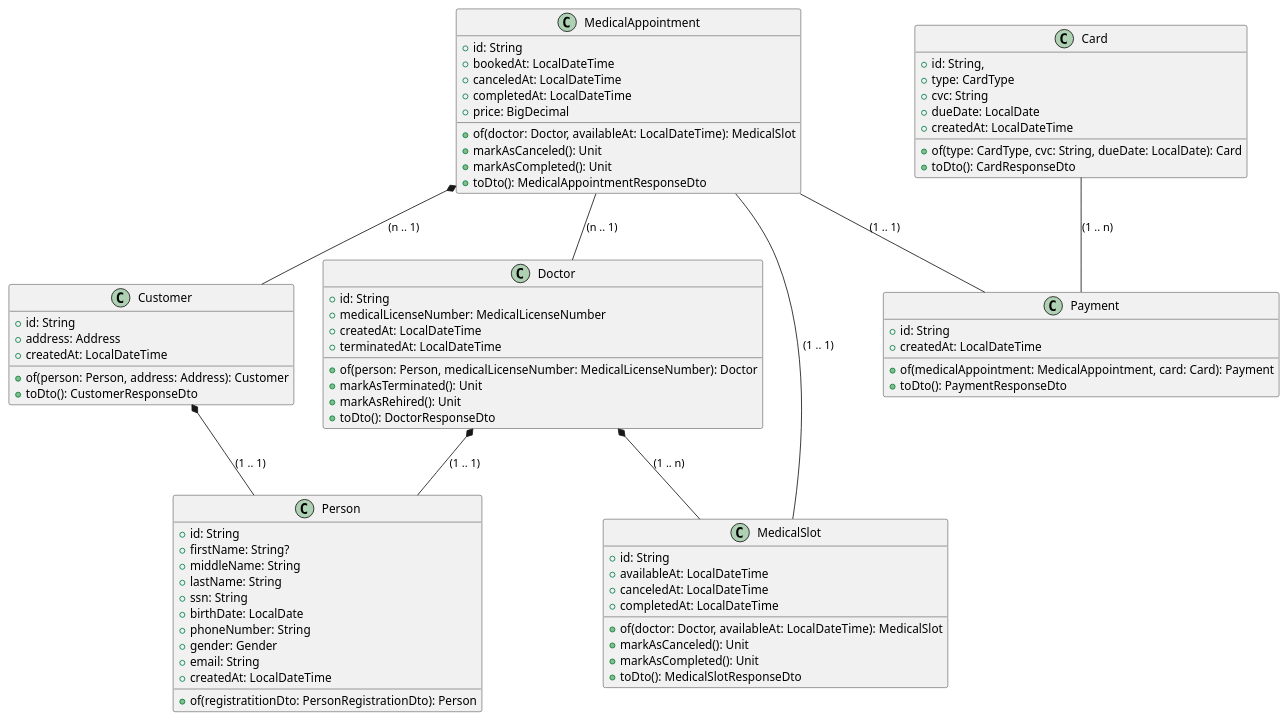
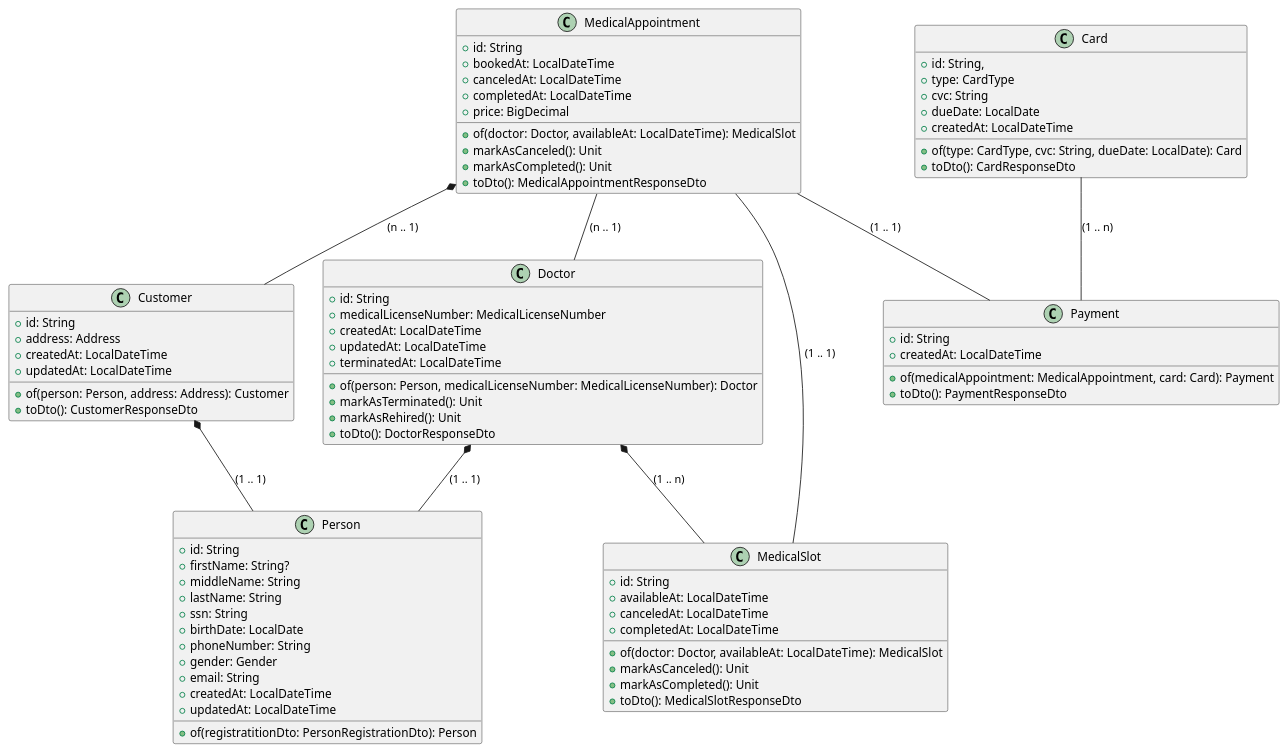
One commit to LazaroDamasceno/Dissertacao-Mestrado changed the diagram in codes/class_diagram_code.wsd. Above: the diagram before and after it, drawn with PlantUML. The commit also changed 2 other files, not shown here.

```diff
--- a/codes/class_diagram_code.wsd
+++ b/codes/class_diagram_code.wsd
@@ -1,92 +1,95 @@
 @startuml
 
 class "Person" {
  +id: String
  +firstName: String?
  +middleName: String
  +lastName: String
  +ssn: String
  +birthDate: LocalDate
  +phoneNumber: String
  +gender: Gender
  +email: String
  +createdAt: LocalDateTime
+ +updatedAt: LocalDateTime
  
  +of(registratitionDto: PersonRegistrationDto): Person
 }
 
 class "Customer" {
  +id: String
  +address: Address
  +createdAt: LocalDateTime
+ +updatedAt: LocalDateTime
  
  +of(person: Person, address: Address): Customer
  +toDto(): CustomerResponseDto
 }
 
 class "Doctor" {
  +id: String
  +medicalLicenseNumber: MedicalLicenseNumber
  +createdAt: LocalDateTime
+ +updatedAt: LocalDateTime
  +terminatedAt: LocalDateTime
  
  +of(person: Person, medicalLicenseNumber: MedicalLicenseNumber): Doctor
  +markAsTerminated(): Unit
  +markAsRehired(): Unit
  +toDto(): DoctorResponseDto
 }
 
 class "MedicalSlot" {
   +id: String
   +availableAt: LocalDateTime
   +canceledAt: LocalDateTime
   +completedAt: LocalDateTime
   
   +of(doctor: Doctor, availableAt: LocalDateTime): MedicalSlot
   +markAsCanceled(): Unit
   +markAsCompleted(): Unit
   +toDto(): MedicalSlotResponseDto
 }
 
 class "MedicalAppointment" {
   +id: String
   +bookedAt: LocalDateTime
   +canceledAt: LocalDateTime
   +completedAt: LocalDateTime
   +price: BigDecimal
   
   +of(doctor: Doctor, availableAt: LocalDateTime): MedicalSlot
   +markAsCanceled(): Unit
   +markAsCompleted(): Unit
   +toDto(): MedicalAppointmentResponseDto
 }
 
 class "Card" {
   +id: String,
   +type: CardType
   +cvc: String
   +dueDate: LocalDate
   +createdAt: LocalDateTime
   
   +of(type: CardType, cvc: String, dueDate: LocalDate): Card
   +toDto(): CardResponseDto
 }
 
 class "Payment" {
   +id: String
   +createdAt: LocalDateTime
   
   + of(medicalAppointment: MedicalAppointment, card: Card): Payment
   +toDto(): PaymentResponseDto
 }
 
 Customer *-- Person: "(1 .. 1)"
 Doctor *-- Person: "(1 .. 1)"
 Doctor *-- MedicalSlot: "(1 .. n)"
 MedicalAppointment -- Doctor: "(n .. 1)"
 MedicalAppointment *-- Customer: "(n .. 1)"
 MedicalSlot -- MedicalAppointment: "(1 .. 1)"
 Card -- Payment: "(1 .. n)"
 MedicalAppointment -- Payment: "(1 .. 1)"
 
 @enduml
```
